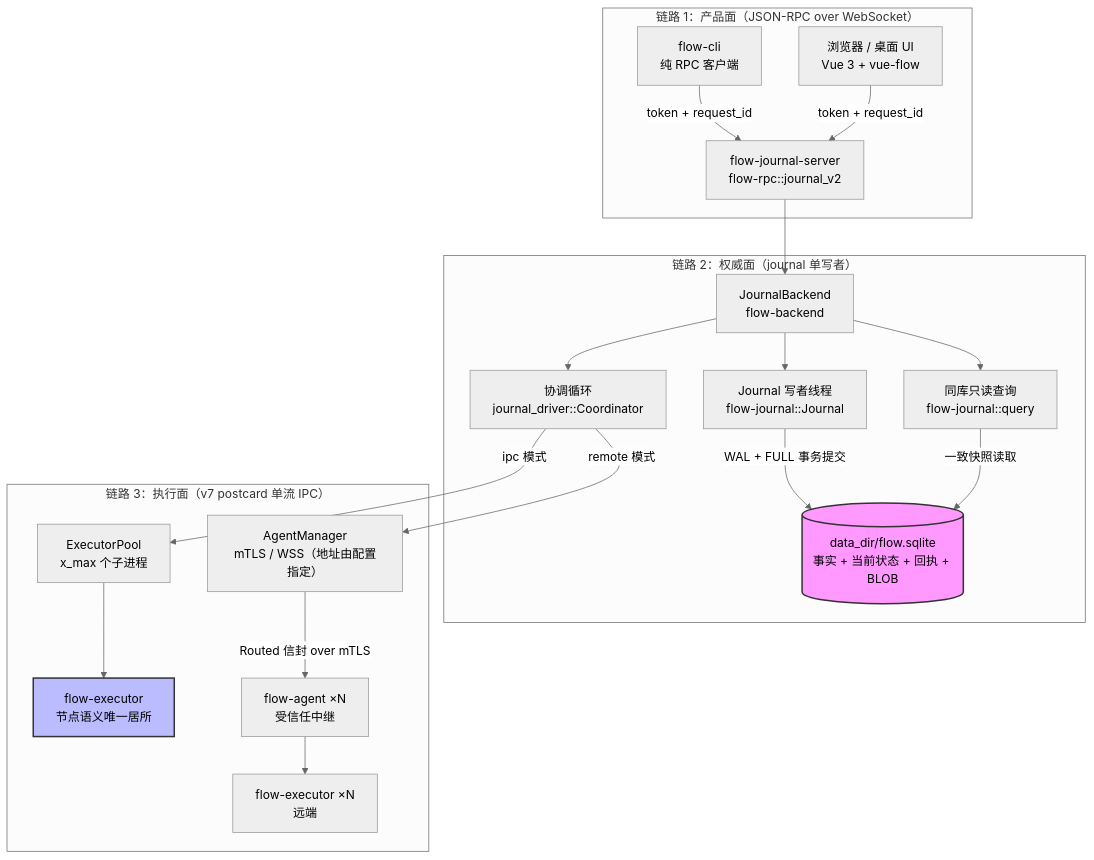
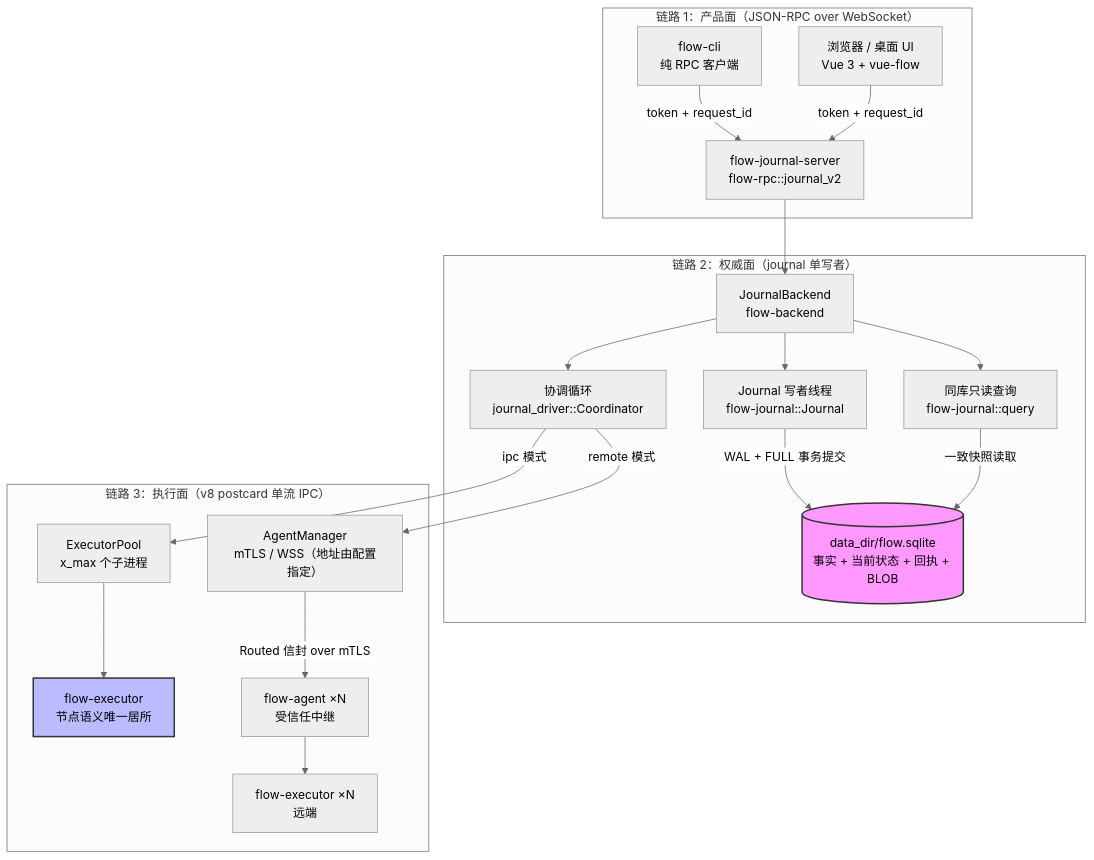
One commit to yeheng/flow changed the diagram in docs/design/01-architecture.md. Above: the diagram before and after it, drawn with Mermaid (neutral theme). The commit also changed other lines of this file and 69 other files, not shown here.

Commit message:
feat(execution): 拆分派发基础设施并支持独立任务执行 - 新增 flow-dispatcher，统一 IPC 协议、进程池、Worker 与流式任务提交 - 提取 flow-facts 与 flow-plugin-catalog，统一事实值契约及插件发现和内容身份 - 将状态折叠迁入 flow-domain，支持冻结输入的 Script/Condition 准备执行与崩溃恢复 - 更新工作区依赖、CI 隔离测试及架构文档

````diff
--- a/docs/design/01-architecture.md
+++ b/docs/design/01-architecture.md
@@ -109,42 +152,42 @@
 ```mermaid
 graph TB
     subgraph L1["链路 1：产品面（JSON-RPC over WebSocket）"]
         CLI["flow-cli<br/>纯 RPC 客户端"]
         WEB["浏览器 / 桌面 UI<br/>Vue 3 + vue-flow"]
         RPC["flow-journal-server<br/>flow-rpc::journal_v2"]
     end
 
     subgraph L2["链路 2：权威面（journal 单写者）"]
         BE["JournalBackend<br/>flow-backend"]
         COORD["协调循环<br/>journal_driver::Coordinator"]
         W["Journal 写者线程<br/>flow-journal::Journal"]
         PROJ["同库只读查询<br/>flow-journal::query"]
         DISK[("data_dir/flow.sqlite<br/>事实 + 当前状态 + 回执 + BLOB")]
     end
 
-    subgraph L3["链路 3：执行面（v7 postcard 单流 IPC）"]
+    subgraph L3["链路 3：执行面（v8 postcard 单流 IPC）"]
         POOL["ExecutorPool<br/>x_max 个子进程"]
         EX["flow-executor<br/>节点语义唯一居所"]
         AM["AgentManager<br/>mTLS / WSS（地址由配置指定）"]
         AG["flow-agent ×N<br/>受信任中继"]
         REX["flow-executor ×N<br/>远端"]
     end
 
     CLI -->|"token + request_id"| RPC
     WEB -->|"token + request_id"| RPC
     RPC --> BE
     BE --> COORD
     BE --> W
     BE --> PROJ
     W -->|"WAL + FULL 事务提交"| DISK
     PROJ -->|"一致快照读取"| DISK
 
     COORD -->|"ipc 模式"| POOL
     COORD -->|"remote 模式"| AM
     POOL --> EX
     AM -->|"Routed 信封 over mTLS"| AG
     AG --> REX
 
     style DISK fill:#f9f,stroke:#333,stroke-width:2px
     style EX fill:#bbf,stroke:#333,stroke-width:2px
 ```
````
